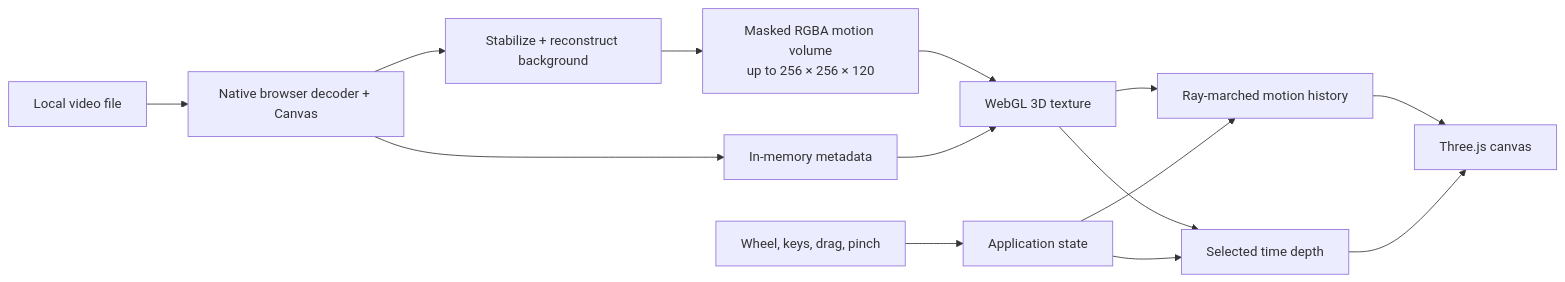
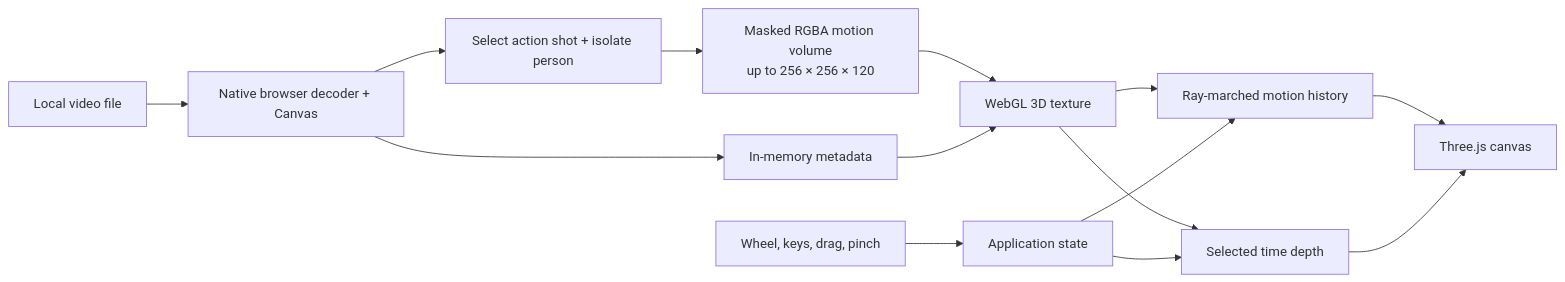
Before and after one commit to EvanGruhlkey/time-block: the diagram in README.md, drawn with Mermaid. The commit also changed other lines of this file and 2 other files, not shown here.

````diff
--- a/README.md
+++ b/README.md
@@ -22,16 +22,16 @@
 ```mermaid
 flowchart LR
   V["Local video file"] --> B["Native browser decoder + Canvas"]
-  B --> P["Stabilize + reconstruct background"]
+  B --> P["Select action shot + isolate person"]
   P --> R["Masked RGBA motion volume\nup to 256 × 256 × 120"]
   B --> M["In-memory metadata"]
   R --> T["WebGL 3D texture"]
   M --> T
   T --> H["Ray-marched motion history"]
   T --> S["Selected time depth"]
   I["Wheel, keys, drag, pinch"] --> A["Application state"]
   A --> H
   A --> S
   H --> C["Three.js canvas"]
   S --> C
 ```
````
